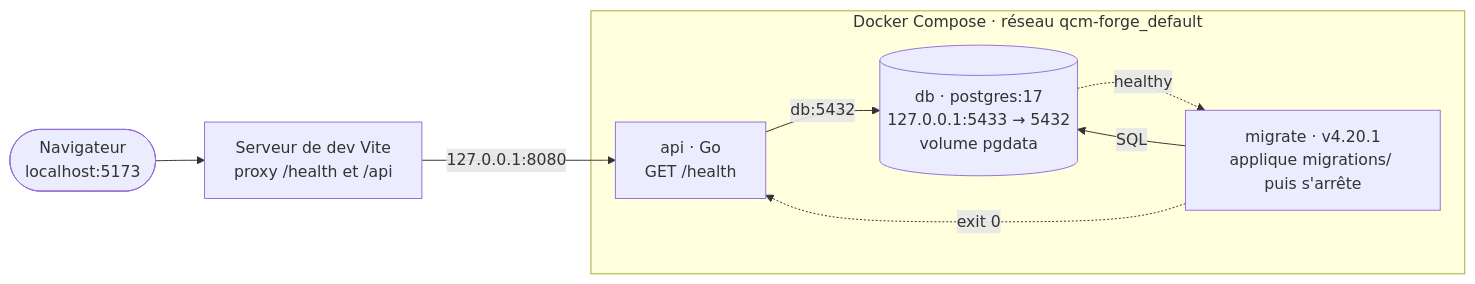
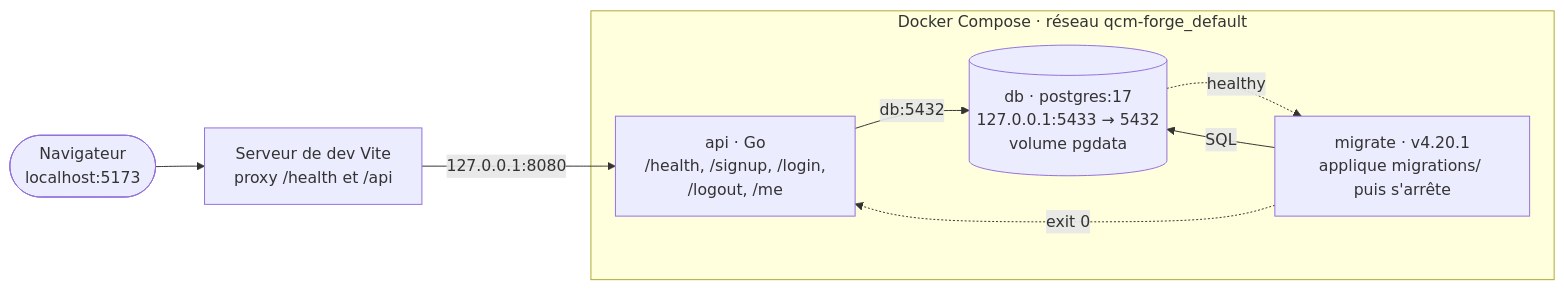
Before and after one commit to Benjylem/qcm-forge: the third of 3 diagrams in README.fr.md, drawn with Mermaid. The commit also changed other lines of this file and 12 other files, not shown here.

First line of the commit message:
Ajoute signup/login/logout avec sessions en base (cookie HttpOnly)

````diff
--- a/README.fr.md
+++ b/README.fr.md
@@ -113,14 +113,14 @@
 ```mermaid
 flowchart LR
     browser([Navigateur<br/>localhost:5173]) --> vite[Serveur de dev Vite<br/>proxy /health et /api]
     vite -->|127.0.0.1:8080| api
 
     subgraph compose [Docker Compose · réseau qcm-forge_default]
         db[(db · postgres:17<br/>127.0.0.1:5433 → 5432<br/>volume pgdata)]
         migrate[migrate · v4.20.1<br/>applique migrations/ puis s'arrête] -->|SQL| db
-        api[api · Go<br/>GET /health] -->|db:5432| db
+        api[api · Go<br/>/health, /signup, /login,<br/>/logout, /me] -->|db:5432| db
     end
 
     db -. "healthy" .-> migrate
     migrate -. "exit 0" .-> api
 ```
````
